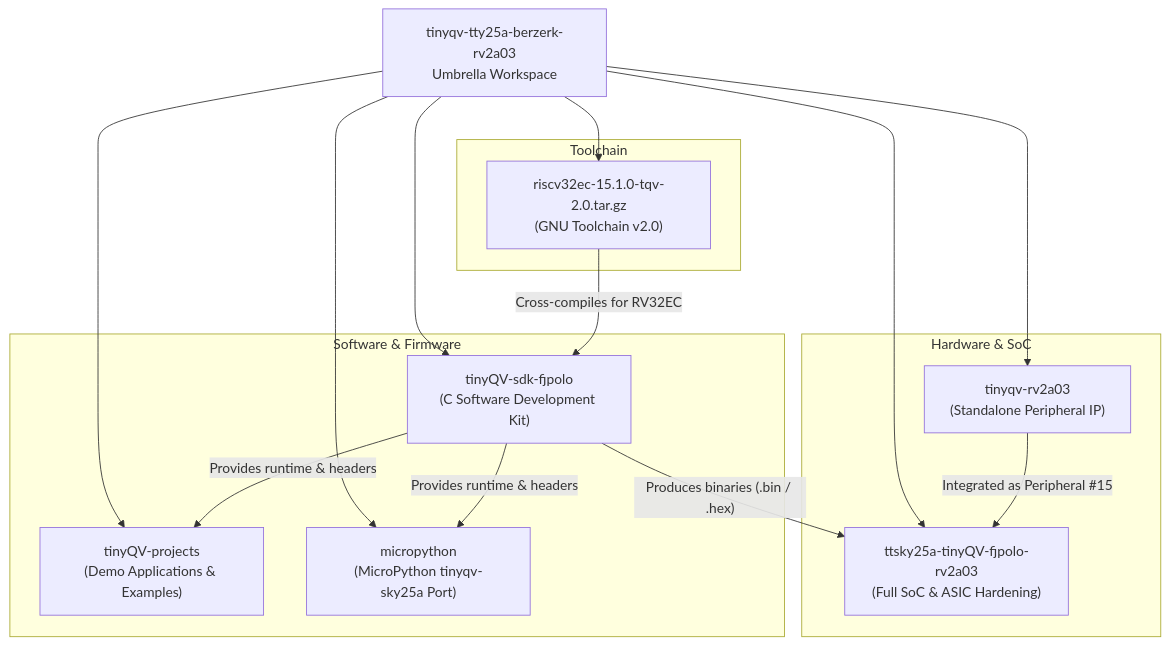
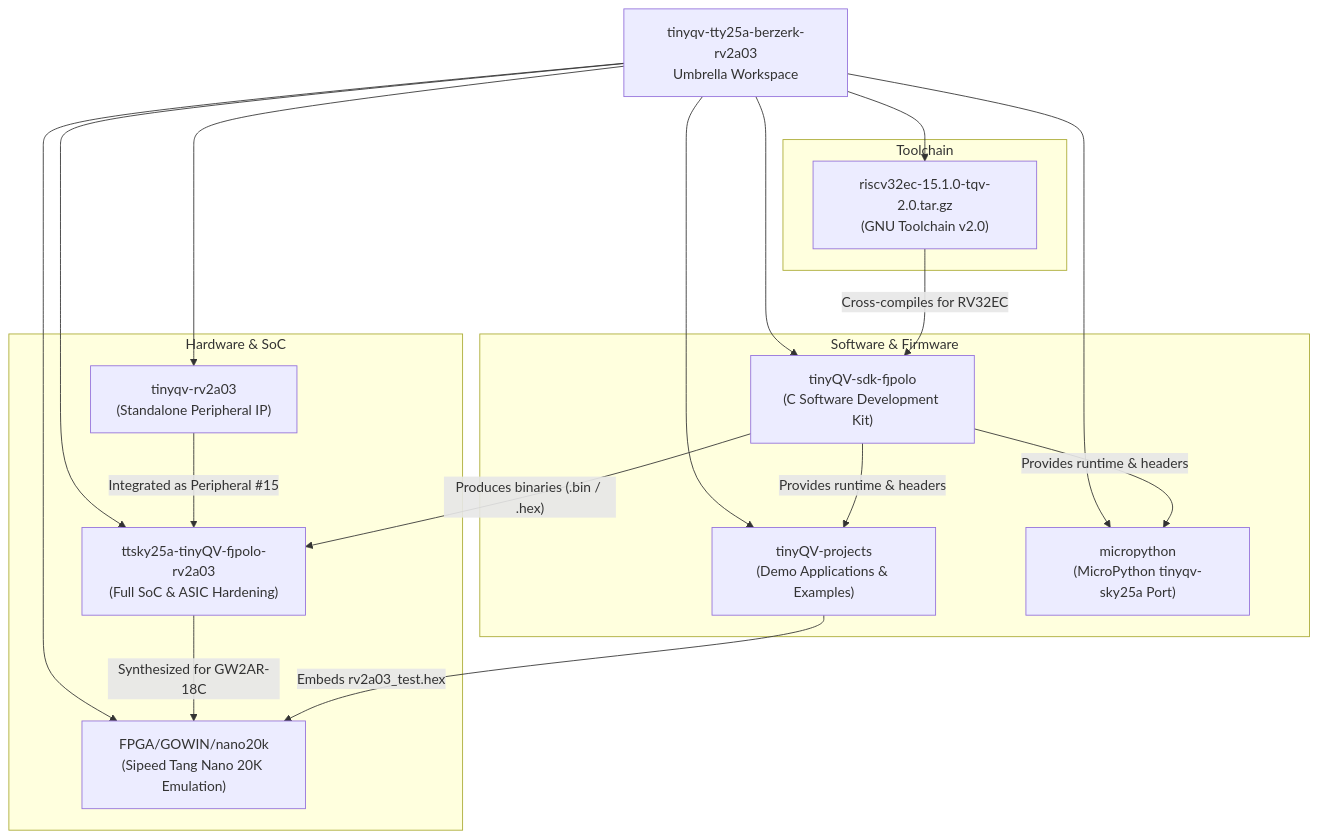
The diagram in README.md (fjpolo/tinyqv-tty25a-berzerk-rv2a03), drawn with Mermaid before and after one commit. The commit also changed other lines of this file and 1 other file, not shown here.

Commit message:
docs: document Tang Nano 20K FPGA flow, persistent SPI flash, and VS Code serial monitor

````diff
--- a/README.md
+++ b/README.md
@@ -13,32 +13,36 @@
 ```mermaid
 graph TD
     Super[tinyqv-tty25a-berzerk-rv2a03<br/>Umbrella Workspace]
     
     subgraph Hardware & SoC
         Peri["tinyqv-rv2a03<br/>(Standalone Peripheral IP)"]
         SoC["ttsky25a-tinyQV-fjpolo-rv2a03<br/>(Full SoC & ASIC Hardening)"]
+        FPGA["FPGA/GOWIN/nano20k<br/>(Sipeed Tang Nano 20K Emulation)"]
     end
 
     subgraph Software & Firmware
         SDK["tinyQV-sdk-fjpolo<br/>(C Software Development Kit)"]
         Projects["tinyQV-projects<br/>(Demo Applications & Examples)"]
         uPy["micropython<br/>(MicroPython tinyqv-sky25a Port)"]
     end
 
     subgraph Toolchain
         TC["riscv32ec-15.1.0-tqv-2.0.tar.gz<br/>(GNU Toolchain v2.0)"]
     end
 
     Super --> Peri
     Super --> SoC
+    Super --> FPGA
     Super --> SDK
     Super --> Projects
     Super --> uPy
     Super --> TC
 
     Peri -- "Integrated as Peripheral #15" --> SoC
+    SoC -- "Synthesized for GW2AR-18C" --> FPGA
     TC -- "Cross-compiles for RV32EC" --> SDK
     SDK -- "Provides runtime & headers" --> Projects
     SDK -- "Provides runtime & headers" --> uPy
     SDK -- "Produces binaries (.bin / .hex)" --> SoC
+    Projects -- "Embeds rv2a03_test.hex" --> FPGA
 ```
````
